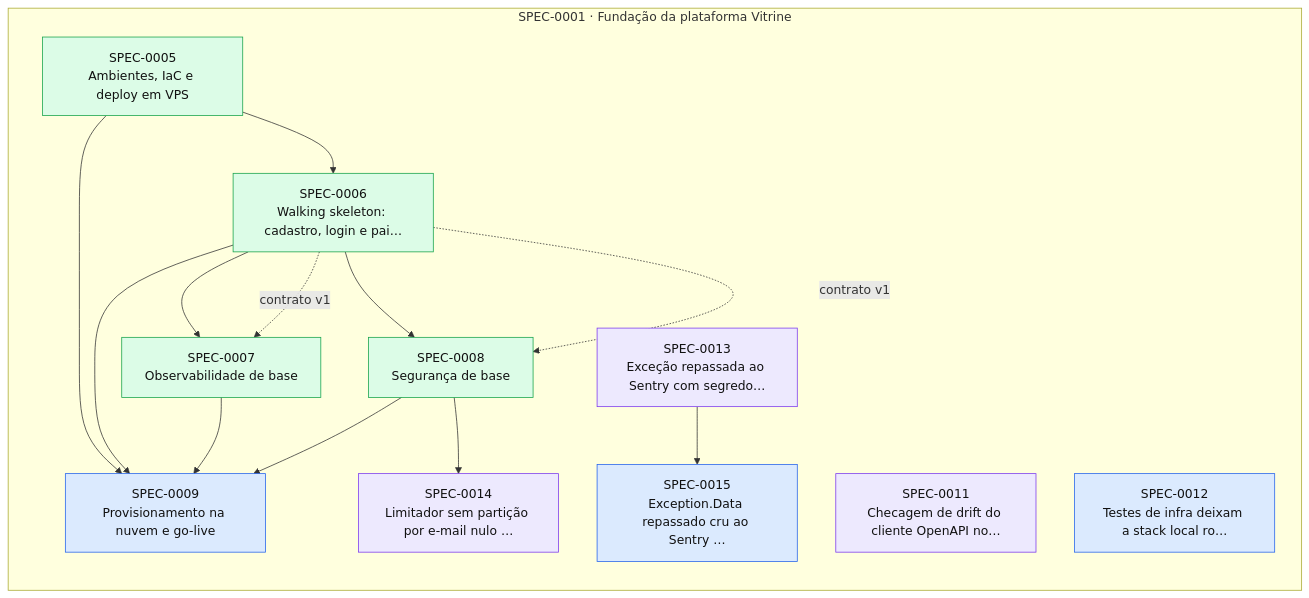
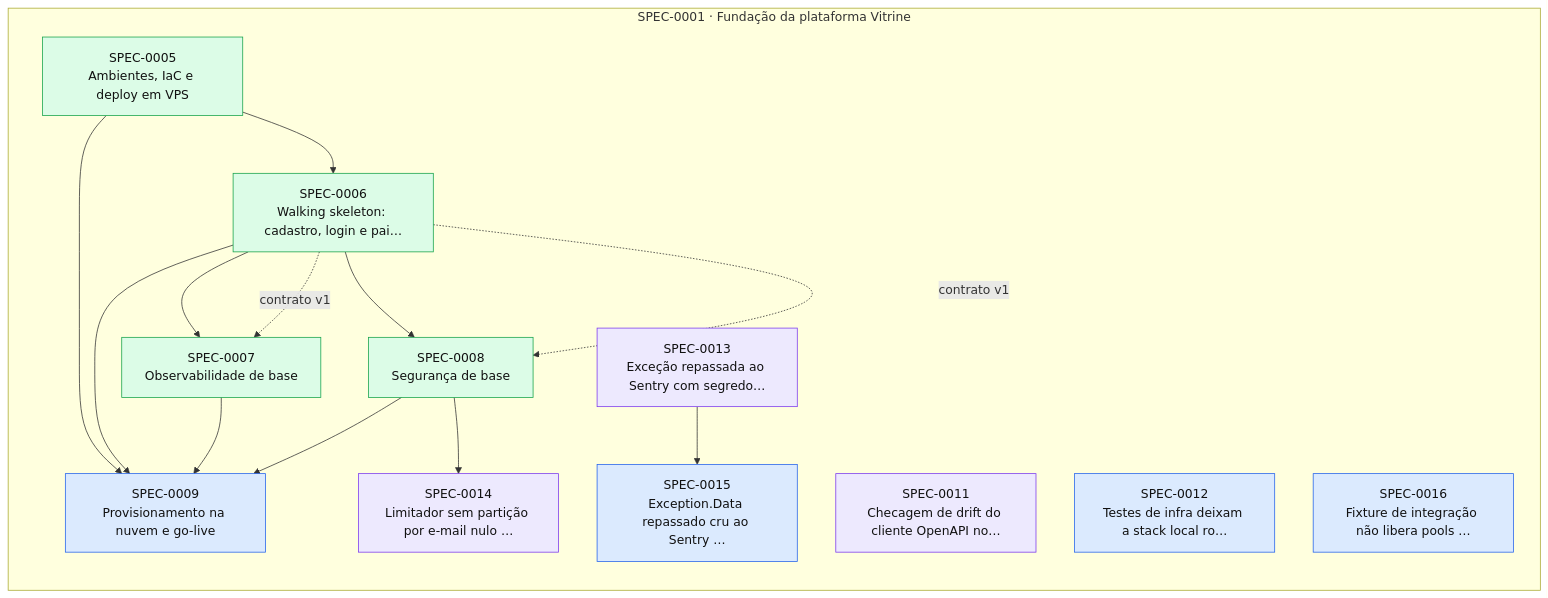
The diagram in docs/specs/INDEX.md (thomasravache/vitrine), drawn with Mermaid before and after one commit. The commit also changed other lines of this file and 2 other files, not shown here.

First line of the commit message:
docs(specs): G2/G3 da SPEC-0014, IMP-01 resolvido e SPEC-0016 (pools nas fixtures)

````diff
--- a/docs/specs/INDEX.md
+++ b/docs/specs/INDEX.md
@@ -67,31 +62,32 @@
 ```mermaid
 flowchart LR
   subgraph E0001["SPEC-0001 · Fundação da plataforma Vitrine"]
     S0005["SPEC-0005<br/>Ambientes, IaC e deploy em VPS"]:::implemented
     S0006["SPEC-0006<br/>Walking skeleton: cadastro, login e pai…"]:::implemented
     S0007["SPEC-0007<br/>Observabilidade de base"]:::implemented
     S0008["SPEC-0008<br/>Segurança de base"]:::implemented
     S0009["SPEC-0009<br/>Provisionamento na nuvem e go-live"]:::approved
     S0011["SPEC-0011<br/>Checagem de drift do cliente OpenAPI no…"]:::inprogress
     S0012["SPEC-0012<br/>Testes de infra deixam a stack local ro…"]:::approved
     S0013["SPEC-0013<br/>Exceção repassada ao Sentry com segredo…"]:::inprogress
     S0014["SPEC-0014<br/>Limitador sem partição por e-mail nulo …"]:::inprogress
     S0015["SPEC-0015<br/>Exception.Data repassado cru ao Sentry …"]:::approved
+    S0016["SPEC-0016<br/>Fixture de integração não libera pools …"]:::approved
   end
   S0005 --> S0006
   S0006 --> S0007
   S0006 -. contrato v1 .-> S0007
   S0006 --> S0008
   S0006 -. contrato v1 .-> S0008
   S0005 --> S0009
   S0006 --> S0009
   S0007 --> S0009
   S0008 --> S0009
   S0008 --> S0014
   S0013 --> S0015
   classDef proposed fill:#fef3c7,stroke:#d97706,color:#111
   classDef approved fill:#dbeafe,stroke:#2563eb,color:#111
   classDef inprogress fill:#ede9fe,stroke:#7c3aed,color:#111
   classDef implemented fill:#dcfce7,stroke:#16a34a,color:#111
   classDef deprecated fill:#f3f4f6,stroke:#9ca3af,color:#6b7280
 ```
````
